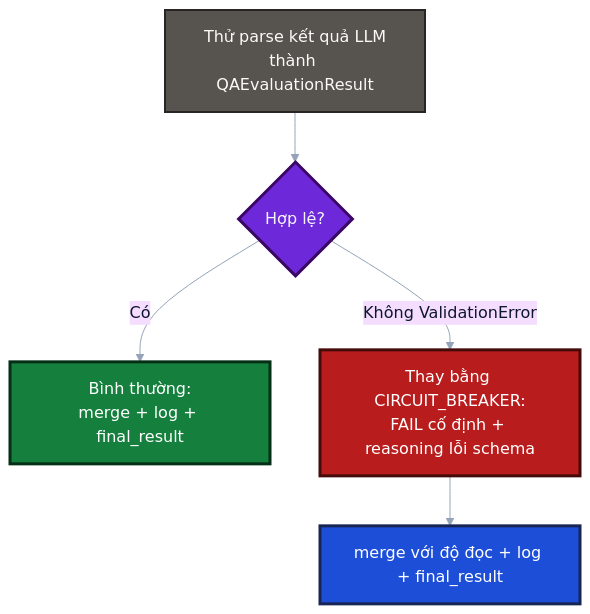
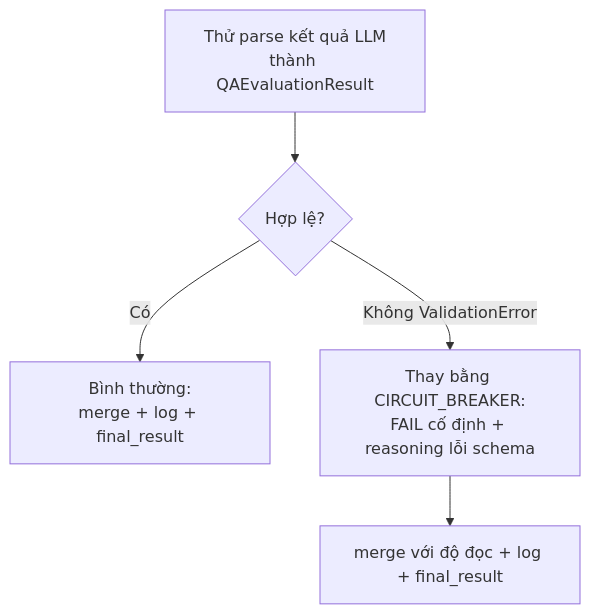
Before and after one commit to Tritintruong114/ai-agents-qa: the fifth of 8 diagrams in README.md, drawn with Mermaid. The commit also changed other lines of this file, not shown here.

First line of the commit message:
docs(readme): simplify Mermaid diagrams (remove theme, classDef, node classes)

````diff
--- a/README.md
+++ b/README.md
@@ -270,15 +246,8 @@
 ```mermaid
-%%{init: {'theme':'base', 'themeVariables': {'lineColor': '#94a3b8', 'primaryTextColor': '#0f172a'}}}%%
 flowchart TD
-    classDef pass fill:#15803d,stroke:#052e16,color:#ffffff,stroke-width:3px;
-    classDef fail fill:#b91c1c,stroke:#450a0a,color:#ffffff,stroke-width:3px;
-    classDef warn fill:#c2410c,stroke:#431407,color:#ffffff,stroke-width:3px;
-    classDef neutral fill:#1d4ed8,stroke:#172554,color:#ffffff,stroke-width:3px;
-    classDef step fill:#57534e,stroke:#292524,color:#fafaf9,stroke-width:2px;
-    classDef decision fill:#6d28d9,stroke:#3b0764,color:#f5f3ff,stroke-width:3px;
 
-    T[Thử parse kết quả LLM<br/>thành QAEvaluationResult]:::step --> OK{Hợp lệ?}:::decision
-    OK -->|Có| N[Bình thường:<br/>merge + log + final_result]:::pass
-    OK -->|Không ValidationError| CB[Thay bằng CIRCUIT_BREAKER:<br/>FAIL cố định + reasoning lỗi schema]:::fail
-    CB --> M2[merge với độ đọc + log + final_result]:::neutral
+    T[Thử parse kết quả LLM<br/>thành QAEvaluationResult] --> OK{Hợp lệ?}
+    OK -->|Có| N[Bình thường:<br/>merge + log + final_result]
+    OK -->|Không ValidationError| CB[Thay bằng CIRCUIT_BREAKER:<br/>FAIL cố định + reasoning lỗi schema]
+    CB --> M2[merge với độ đọc + log + final_result]
 ```
````
